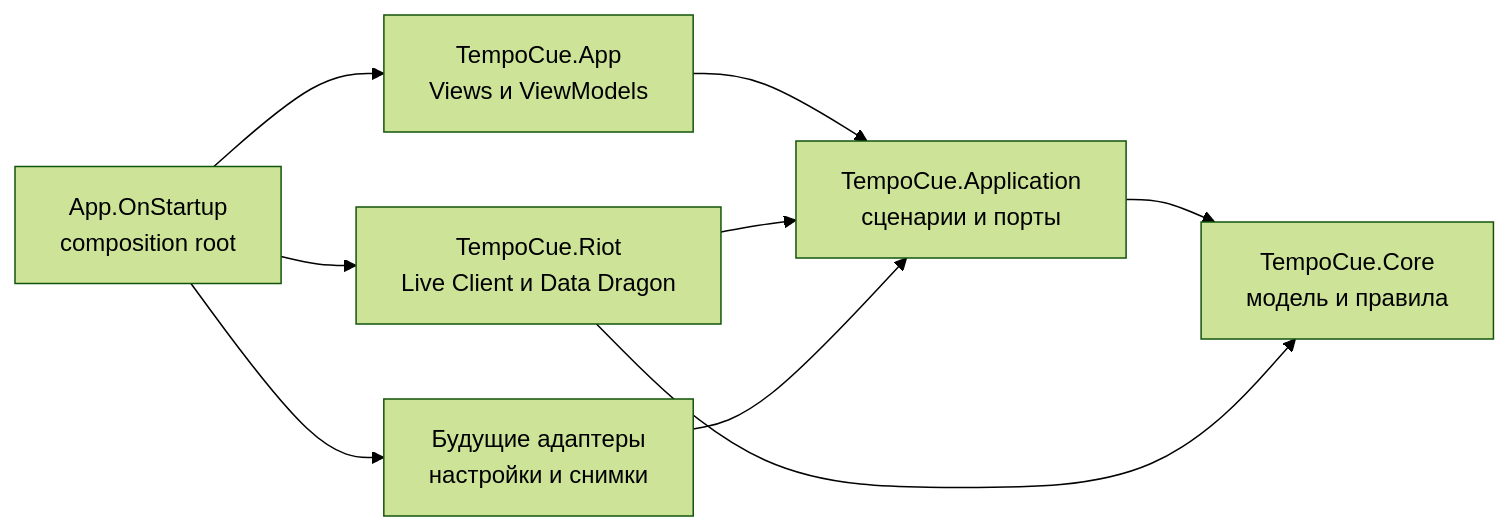
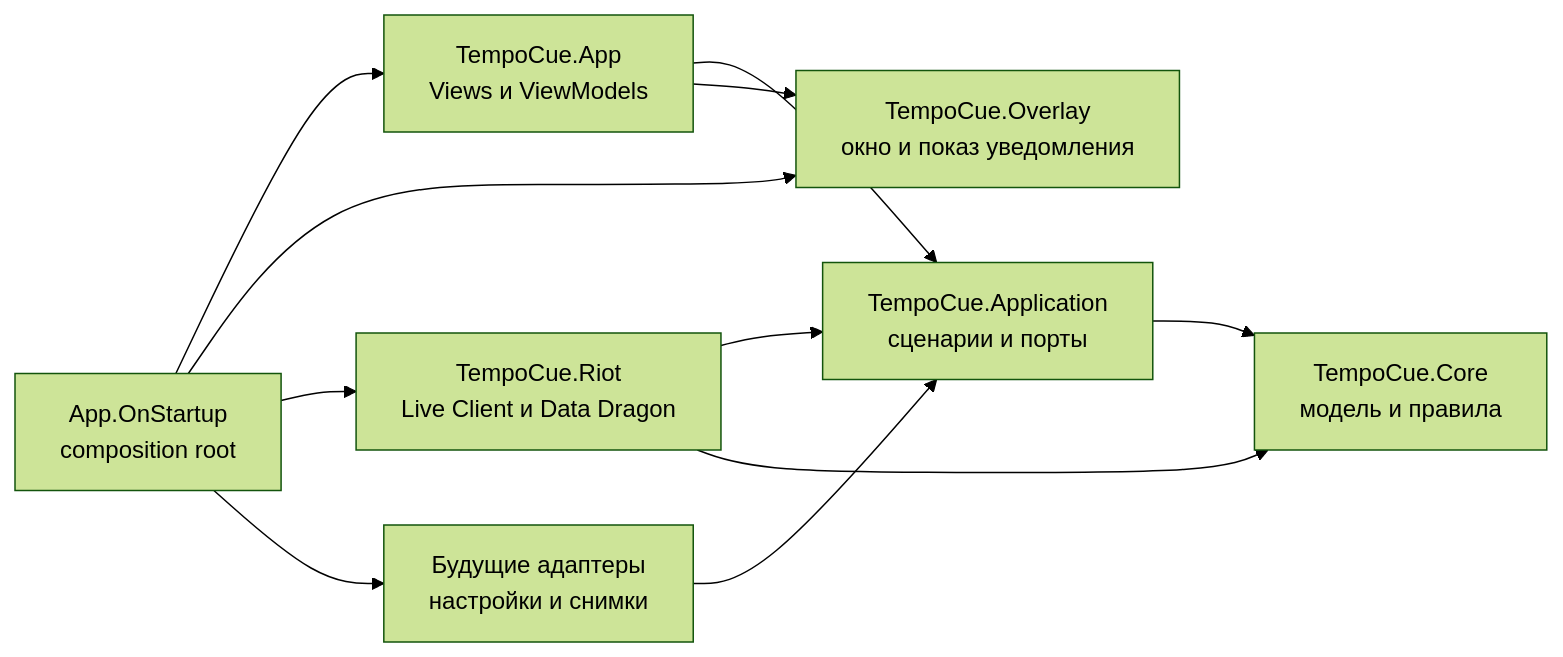
The diagram in docs/architecture.md (Deokti/TempoCue), drawn with Mermaid (forest theme) before and after one commit. The commit also changed other lines of this file and 35 other files, not shown here.

````diff
--- a/docs/architecture.md
+++ b/docs/architecture.md
@@ -86,11 +87,13 @@
 ```mermaid
 flowchart LR
     View["TempoCue.App<br/>Views и ViewModels"] --> Application["TempoCue.Application<br/>сценарии и порты"]
+    View --> Overlay["TempoCue.Overlay<br/>окно и показ уведомления"]
     Application --> Core["TempoCue.Core<br/>модель и правила"]
     Riot["TempoCue.Riot<br/>Live Client и Data Dragon"] --> Application
     Riot --> Core
     Persistence["Будущие адаптеры<br/>настройки и снимки"] --> Application
     Composition["App.OnStartup<br/>composition root"] --> View
+    Composition --> Overlay
     Composition --> Riot
     Composition --> Persistence
 ```
````
